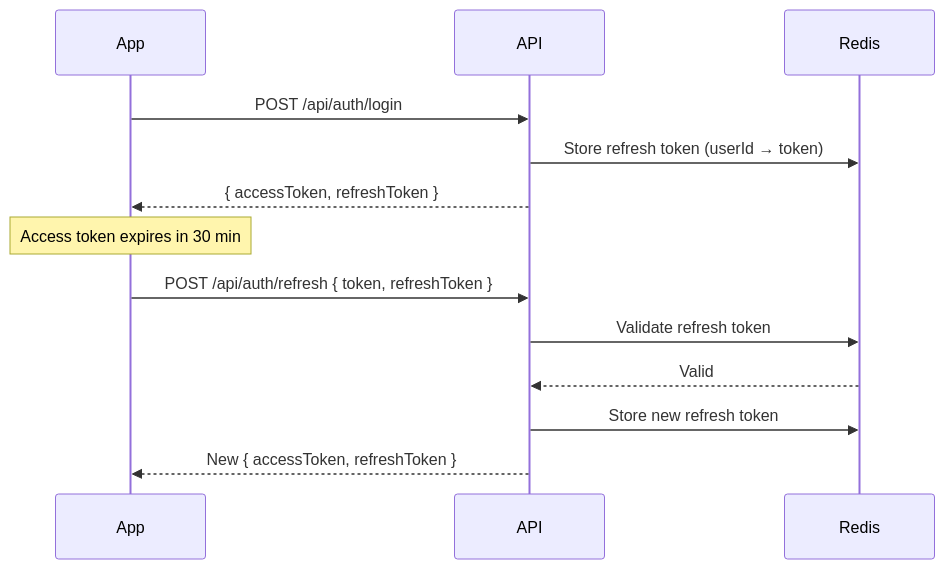
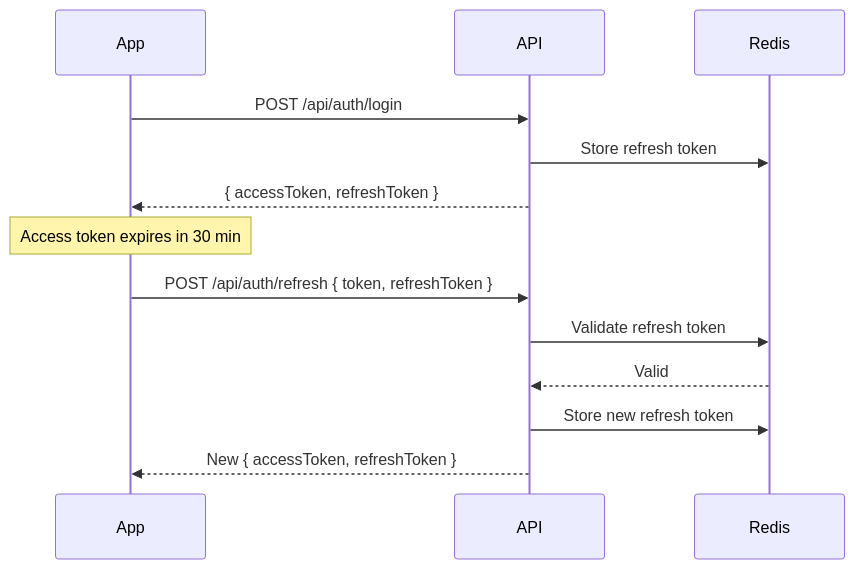
One commit to EngAbdoS/PersonalBudgetTrackerAPI changed the second of 3 diagrams in README.md. Above: the diagram before and after it, drawn with Mermaid. The commit also changed other lines of this file, not shown here.

````diff
--- a/README.md
+++ b/README.md
@@ -200,16 +165,16 @@
 ```mermaid
 sequenceDiagram
     participant App
     participant API
     participant Redis
 
     App->>API: POST /api/auth/login
-    API->>Redis: Store refresh token (userId → token)
+    API->>Redis: Store refresh token
     API-->>App: { accessToken, refreshToken }
     Note over App: Access token expires in 30 min
     App->>API: POST /api/auth/refresh { token, refreshToken }
     API->>Redis: Validate refresh token
     Redis-->>API: Valid
     API->>Redis: Store new refresh token
     API-->>App: New { accessToken, refreshToken }
 ```
````
